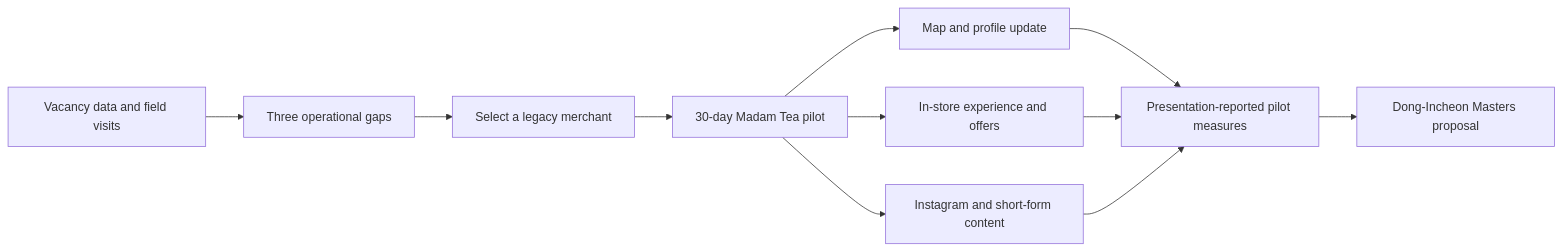
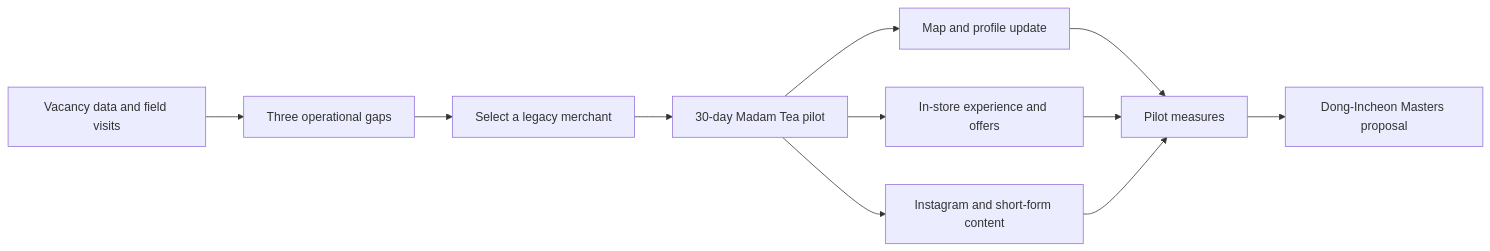
Before and after one commit to junhyung-L/dongincheon-marketing-pilot: the diagram in README.md, drawn with Mermaid. The commit also changed other lines of this file and 3 other files, not shown here.

````diff
--- a/README.md
+++ b/README.md
@@ -49,13 +52,13 @@
 ```mermaid
 flowchart LR
     A[Vacancy data and field visits] --> B[Three operational gaps]
     B --> C[Select a legacy merchant]
     C --> D[30-day Madam Tea pilot]
     D --> E[Map and profile update]
     D --> F[In-store experience and offers]
     D --> G[Instagram and short-form content]
-    E --> H[Presentation-reported pilot measures]
+    E --> H[Pilot measures]
     F --> H
     G --> H
     H --> I[Dong-Incheon Masters proposal]
 ```
````
